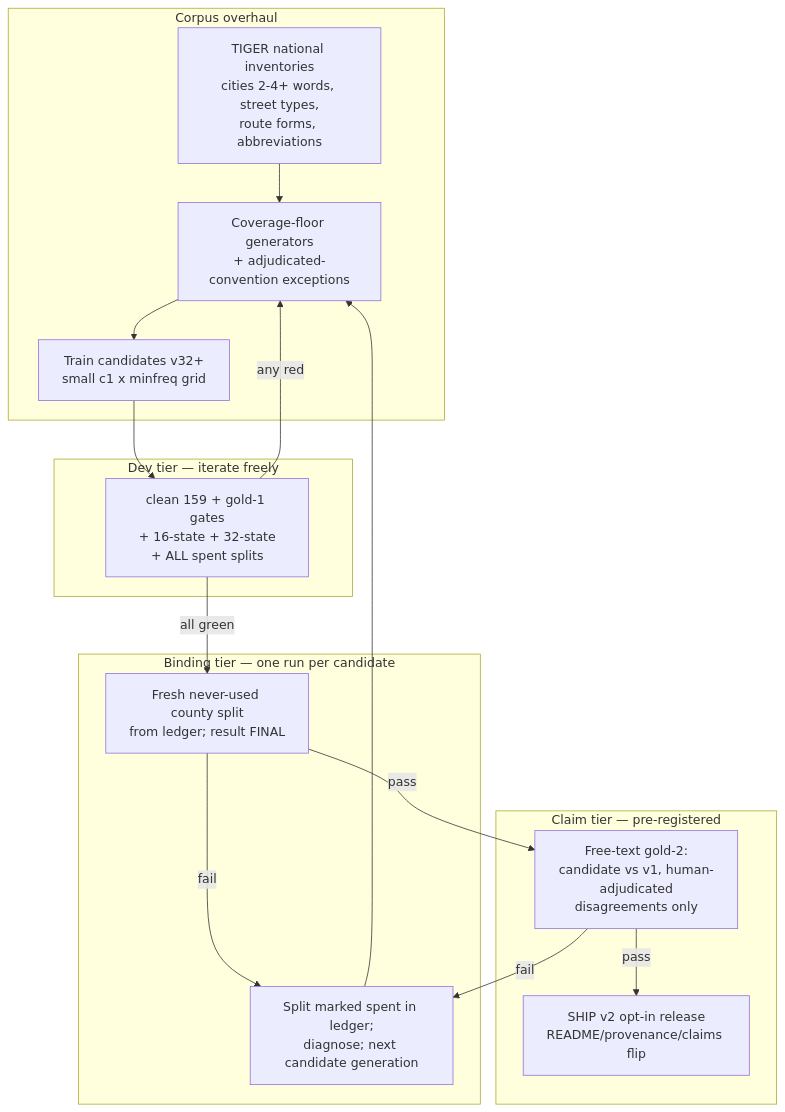
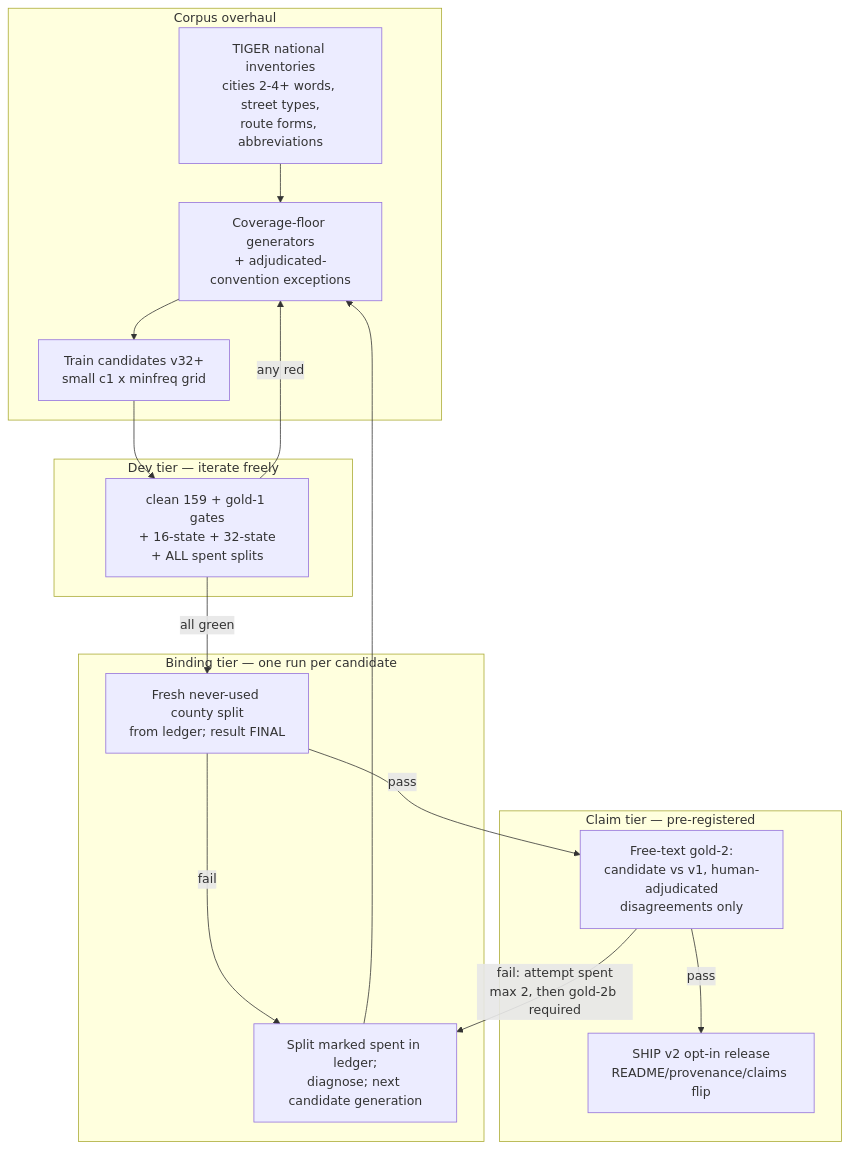
Before and after one commit to vinvomero/fastaddress: the diagram in docs/plans/2026-08-15-001-feat-ship-model-v2-plan.md, drawn with Mermaid. The commit also changed other lines of this file, not shown here.

````diff
--- a/docs/plans/2026-08-15-001-feat-ship-model-v2-plan.md
+++ b/docs/plans/2026-08-15-001-feat-ship-model-v2-plan.md
@@ -107,21 +131,21 @@
 ```mermaid
 flowchart TD
     subgraph BUILD["Corpus overhaul"]
         A[TIGER national inventories<br/>cities 2-4+ words, street types,<br/>route forms, abbreviations] --> B[Coverage-floor generators<br/>+ adjudicated-convention exceptions]
         B --> C[Train candidates v32+<br/>small c1 x minfreq grid]
     end
     subgraph DEV["Dev tier — iterate freely"]
         C --> D[clean 159 + gold-1 gates<br/>+ 16-state + 32-state<br/>+ ALL spent splits]
         D -->|any red| B
     end
     subgraph BIND["Binding tier — one run per candidate"]
         D -->|all green| E[Fresh never-used county split<br/>from ledger; result FINAL]
         E -->|fail| F[Split marked spent in ledger;<br/>diagnose; next candidate generation]
         F --> B
     end
     subgraph CLAIM["Claim tier — pre-registered"]
         E -->|pass| G[Free-text gold-2:<br/>candidate vs v1, human-adjudicated<br/>disagreements only]
-        G -->|fail| F
+        G -->|fail: attempt spent<br/>max 2, then gold-2b required| F
         G -->|pass| H[SHIP v2 opt-in release<br/>README/provenance/claims flip]
     end
 ```
````
